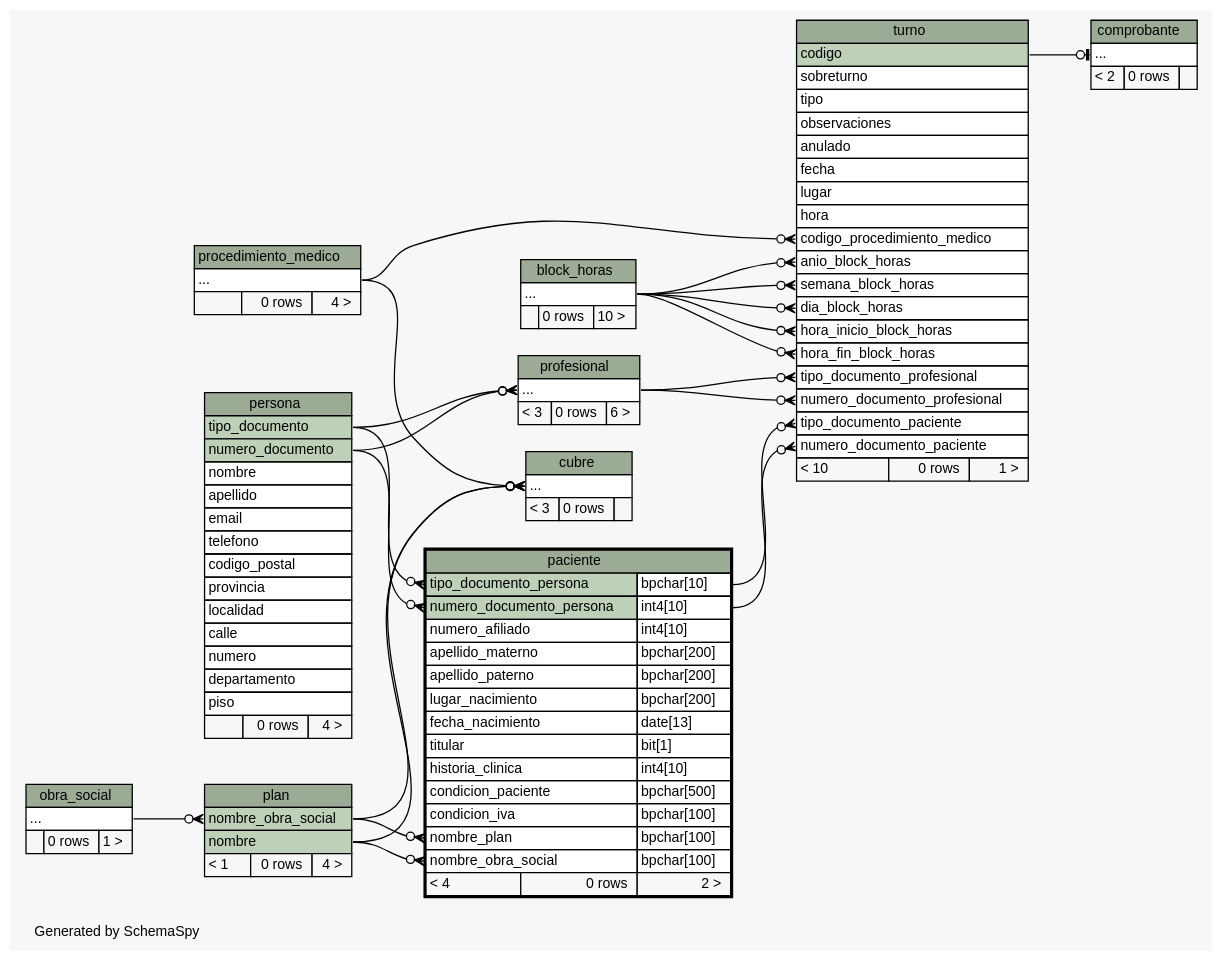
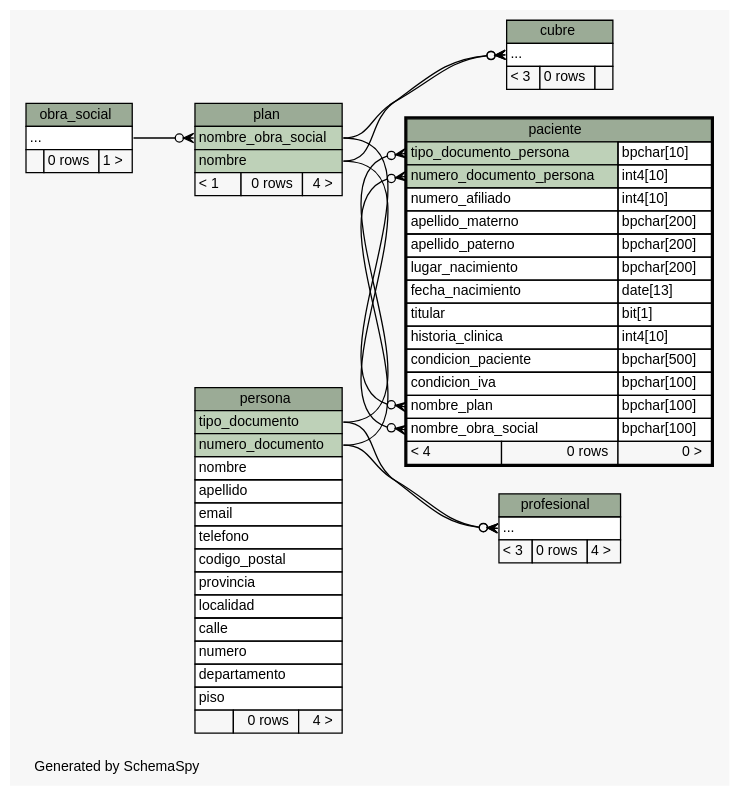
Before and after one commit to smpiano/bd-1cuat-2014-agenda-med: the diagram in tp1/build/schema/diagrams/paciente.2degrees.dot, drawn with Graphviz. The commit also changed 138 other files, not shown here.

```diff
--- a/tp1/build/schema/diagrams/paciente.2degrees.dot
+++ b/tp1/build/schema/diagrams/paciente.2degrees.dot
@@ -1,185 +1,116 @@
 // dot 2.26.3 on Linux 3.8.0-35-generic
 // SchemaSpy rev 590
 digraph "twoDegreesRelationshipsDiagram" {
   graph [
     rankdir="RL"
     bgcolor="#f7f7f7"
     label="\nGenerated by SchemaSpy"
     labeljust="l"
     nodesep="0.18"
     ranksep="0.46"
     fontname="Helvetica"
     fontsize="11"
   ];
   node [
     fontname="Helvetica"
     fontsize="11"
     shape="plaintext"
   ];
   edge [
     arrowsize="0.8"
   ];
-  "comprobante":"elipses":w -> "turno":"codigo":e [arrowhead=none dir=back arrowtail=teeodot];
-  "cubre":"elipses":w -> "procedimiento_medico":"elipses":e [arrowhead=none dir=back arrowtail=crowodot];
   "cubre":"elipses":w -> "plan":"nombre":e [arrowhead=none dir=back arrowtail=crowodot];
   "cubre":"elipses":w -> "plan":"nombre_obra_social":e [arrowhead=none dir=back arrowtail=crowodot];
   "paciente":"nombre_obra_social":w -> "plan":"nombre":e [arrowhead=none dir=back arrowtail=crowodot];
   "paciente":"nombre_plan":w -> "plan":"nombre_obra_social":e [arrowhead=none dir=back arrowtail=crowodot];
   "paciente":"numero_documento_persona":w -> "persona":"numero_documento":e [arrowhead=none dir=back arrowtail=crowodot];
   "paciente":"tipo_documento_persona":w -> "persona":"tipo_documento":e [arrowhead=none dir=back arrowtail=crowodot];
   "plan":"nombre_obra_social":w -> "obra_social":"elipses":e [arrowhead=none dir=back arrowtail=crowodot];
   "profesional":"elipses":w -> "persona":"numero_documento":e [arrowhead=none dir=back arrowtail=crowodot];
   "profesional":"elipses":w -> "persona":"tipo_documento":e [arrowhead=none dir=back arrowtail=crowodot];
-  "turno":"anio_block_horas":w -> "block_horas":"elipses":e [arrowhead=none dir=back arrowtail=crowodot];
-  "turno":"codigo_procedimiento_medico":w -> "procedimiento_medico":"elipses":e [arrowhead=none dir=back arrowtail=crowodot];
-  "turno":"dia_block_horas":w -> "block_horas":"elipses":e [arrowhead=none dir=back arrowtail=crowodot];
-  "turno":"hora_fin_block_horas":w -> "block_horas":"elipses":e [arrowhead=none dir=back arrowtail=crowodot];
-  "turno":"hora_inicio_block_horas":w -> "block_horas":"elipses":e [arrowhead=none dir=back arrowtail=crowodot];
-  "turno":"numero_documento_paciente":w -> "paciente":"numero_documento_persona.type":e [arrowhead=none dir=back arrowtail=crowodot];
-  "turno":"numero_documento_profesional":w -> "profesional":"elipses":e [arrowhead=none dir=back arrowtail=crowodot];
-  "turno":"semana_block_horas":w -> "block_horas":"elipses":e [arrowhead=none dir=back arrowtail=crowodot];
-  "turno":"tipo_documento_paciente":w -> "paciente":"tipo_documento_persona.type":e [arrowhead=none dir=back arrowtail=crowodot];
-  "turno":"tipo_documento_profesional":w -> "profesional":"elipses":e [arrowhead=none dir=back arrowtail=crowodot];
-  "block_horas" [
-    label=<
-    <TABLE BORDER="0" CELLBORDER="1" CELLSPACING="0" BGCOLOR="#ffffff">
-      <TR><TD COLSPAN="3" BGCOLOR="#9bab96" ALIGN="CENTER">block_horas</TD></TR>
-      <TR><TD PORT="elipses" COLSPAN="3" ALIGN="LEFT">...</TD></TR>
-      <TR><TD ALIGN="LEFT" BGCOLOR="#f7f7f7">  </TD><TD ALIGN="RIGHT" BGCOLOR="#f7f7f7">0 rows</TD><TD ALIGN="RIGHT" BGCOLOR="#f7f7f7">10 &gt;</TD></TR>
-    </TABLE>>
-    URL="block_horas.html"
-    tooltip="block_horas"
-  ];
-  "comprobante" [
-    label=<
-    <TABLE BORDER="0" CELLBORDER="1" CELLSPACING="0" BGCOLOR="#ffffff">
-      <TR><TD COLSPAN="3" BGCOLOR="#9bab96" ALIGN="CENTER">comprobante</TD></TR>
-      <TR><TD PORT="elipses" COLSPAN="3" ALIGN="LEFT">...</TD></TR>
-      <TR><TD ALIGN="LEFT" BGCOLOR="#f7f7f7">&lt; 2</TD><TD ALIGN="RIGHT" BGCOLOR="#f7f7f7">0 rows</TD><TD ALIGN="RIGHT" BGCOLOR="#f7f7f7">  </TD></TR>
-    </TABLE>>
-    URL="comprobante.html"
-    tooltip="comprobante"
-  ];
   "cubre" [
     label=<
     <TABLE BORDER="0" CELLBORDER="1" CELLSPACING="0" BGCOLOR="#ffffff">
       <TR><TD COLSPAN="3" BGCOLOR="#9bab96" ALIGN="CENTER">cubre</TD></TR>
       <TR><TD PORT="elipses" COLSPAN="3" ALIGN="LEFT">...</TD></TR>
       <TR><TD ALIGN="LEFT" BGCOLOR="#f7f7f7">&lt; 3</TD><TD ALIGN="RIGHT" BGCOLOR="#f7f7f7">0 rows</TD><TD ALIGN="RIGHT" BGCOLOR="#f7f7f7">  </TD></TR>
     </TABLE>>
     URL="cubre.html"
     tooltip="cubre"
   ];
   "obra_social" [
     label=<
     <TABLE BORDER="0" CELLBORDER="1" CELLSPACING="0" BGCOLOR="#ffffff">
       <TR><TD COLSPAN="3" BGCOLOR="#9bab96" ALIGN="CENTER">obra_social</TD></TR>
       <TR><TD PORT="elipses" COLSPAN="3" ALIGN="LEFT">...</TD></TR>
       <TR><TD ALIGN="LEFT" BGCOLOR="#f7f7f7">  </TD><TD ALIGN="RIGHT" BGCOLOR="#f7f7f7">0 rows</TD><TD ALIGN="RIGHT" BGCOLOR="#f7f7f7">1 &gt;</TD></TR>
     </TABLE>>
     URL="obra_social.html"
     tooltip="obra_social"
   ];
   "paciente" [
     label=<
     <TABLE BORDER="2" CELLBORDER="1" CELLSPACING="0" BGCOLOR="#ffffff">
       <TR><TD COLSPAN="3" BGCOLOR="#9bab96" ALIGN="CENTER">paciente</TD></TR>
       <TR><TD PORT="tipo_documento_persona" COLSPAN="2" BGCOLOR="#bed1b8" ALIGN="LEFT">tipo_documento_persona</TD><TD PORT="tipo_documento_persona.type" ALIGN="LEFT">bpchar[10]</TD></TR>
       <TR><TD PORT="numero_documento_persona" COLSPAN="2" BGCOLOR="#bed1b8" ALIGN="LEFT">numero_documento_persona</TD><TD PORT="numero_documento_persona.type" ALIGN="LEFT">int4[10]</TD></TR>
       <TR><TD PORT="numero_afiliado" COLSPAN="2" ALIGN="LEFT">numero_afiliado</TD><TD PORT="numero_afiliado.type" ALIGN="LEFT">int4[10]</TD></TR>
       <TR><TD PORT="apellido_materno" COLSPAN="2" ALIGN="LEFT">apellido_materno</TD><TD PORT="apellido_materno.type" ALIGN="LEFT">bpchar[200]</TD></TR>
       <TR><TD PORT="apellido_paterno" COLSPAN="2" ALIGN="LEFT">apellido_paterno</TD><TD PORT="apellido_paterno.type" ALIGN="LEFT">bpchar[200]</TD></TR>
       <TR><TD PORT="lugar_nacimiento" COLSPAN="2" ALIGN="LEFT">lugar_nacimiento</TD><TD PORT="lugar_nacimiento.type" ALIGN="LEFT">bpchar[200]</TD></TR>
       <TR><TD PORT="fecha_nacimiento" COLSPAN="2" ALIGN="LEFT">fecha_nacimiento</TD><TD PORT="fecha_nacimiento.type" ALIGN="LEFT">date[13]</TD></TR>
       <TR><TD PORT="titular" COLSPAN="2" ALIGN="LEFT">titular</TD><TD PORT="titular.type" ALIGN="LEFT">bit[1]</TD></TR>
       <TR><TD PORT="historia_clinica" COLSPAN="2" ALIGN="LEFT">historia_clinica</TD><TD PORT="historia_clinica.type" ALIGN="LEFT">int4[10]</TD></TR>
       <TR><TD PORT="condicion_paciente" COLSPAN="2" ALIGN="LEFT">condicion_paciente</TD><TD PORT="condicion_paciente.type" ALIGN="LEFT">bpchar[500]</TD></TR>
       <TR><TD PORT="condicion_iva" COLSPAN="2" ALIGN="LEFT">condicion_iva</TD><TD PORT="condicion_iva.type" ALIGN="LEFT">bpchar[100]</TD></TR>
       <TR><TD PORT="nombre_plan" COLSPAN="2" ALIGN="LEFT">nombre_plan</TD><TD PORT="nombre_plan.type" ALIGN="LEFT">bpchar[100]</TD></TR>
       <TR><TD PORT="nombre_obra_social" COLSPAN="2" ALIGN="LEFT">nombre_obra_social</TD><TD PORT="nombre_obra_social.type" ALIGN="LEFT">bpchar[100]</TD></TR>
-      <TR><TD ALIGN="LEFT" BGCOLOR="#f7f7f7">&lt; 4</TD><TD ALIGN="RIGHT" BGCOLOR="#f7f7f7">0 rows</TD><TD ALIGN="RIGHT" BGCOLOR="#f7f7f7">2 &gt;</TD></TR>
+      <TR><TD ALIGN="LEFT" BGCOLOR="#f7f7f7">&lt; 4</TD><TD ALIGN="RIGHT" BGCOLOR="#f7f7f7">0 rows</TD><TD ALIGN="RIGHT" BGCOLOR="#f7f7f7">0 &gt;</TD></TR>
     </TABLE>>
     URL="paciente.html"
     tooltip="paciente"
   ];
   "persona" [
     label=<
     <TABLE BORDER="0" CELLBORDER="1" CELLSPACING="0" BGCOLOR="#ffffff">
       <TR><TD COLSPAN="3" BGCOLOR="#9bab96" ALIGN="CENTER">persona</TD></TR>
       <TR><TD PORT="tipo_documento" COLSPAN="3" BGCOLOR="#bed1b8" ALIGN="LEFT">tipo_documento</TD></TR>
       <TR><TD PORT="numero_documento" COLSPAN="3" BGCOLOR="#bed1b8" ALIGN="LEFT">numero_documento</TD></TR>
       <TR><TD PORT="nombre" COLSPAN="3" ALIGN="LEFT">nombre</TD></TR>
       <TR><TD PORT="apellido" COLSPAN="3" ALIGN="LEFT">apellido</TD></TR>
       <TR><TD PORT="email" COLSPAN="3" ALIGN="LEFT">email</TD></TR>
       <TR><TD PORT="telefono" COLSPAN="3" ALIGN="LEFT">telefono</TD></TR>
       <TR><TD PORT="codigo_postal" COLSPAN="3" ALIGN="LEFT">codigo_postal</TD></TR>
       <TR><TD PORT="provincia" COLSPAN="3" ALIGN="LEFT">provincia</TD></TR>
       <TR><TD PORT="localidad" COLSPAN="3" ALIGN="LEFT">localidad</TD></TR>
       <TR><TD PORT="calle" COLSPAN="3" ALIGN="LEFT">calle</TD></TR>
       <TR><TD PORT="numero" COLSPAN="3" ALIGN="LEFT">numero</TD></TR>
       <TR><TD PORT="departamento" COLSPAN="3" ALIGN="LEFT">departamento</TD></TR>
       <TR><TD PORT="piso" COLSPAN="3" ALIGN="LEFT">piso</TD></TR>
       <TR><TD ALIGN="LEFT" BGCOLOR="#f7f7f7">  </TD><TD ALIGN="RIGHT" BGCOLOR="#f7f7f7">0 rows</TD><TD ALIGN="RIGHT" BGCOLOR="#f7f7f7">4 &gt;</TD></TR>
     </TABLE>>
     URL="persona.html"
     tooltip="persona"
   ];
   "plan" [
     label=<
     <TABLE BORDER="0" CELLBORDER="1" CELLSPACING="0" BGCOLOR="#ffffff">
       <TR><TD COLSPAN="3" BGCOLOR="#9bab96" ALIGN="CENTER">plan</TD></TR>
       <TR><TD PORT="nombre_obra_social" COLSPAN="3" BGCOLOR="#bed1b8" ALIGN="LEFT">nombre_obra_social</TD></TR>
       <TR><TD PORT="nombre" COLSPAN="3" BGCOLOR="#bed1b8" ALIGN="LEFT">nombre</TD></TR>
       <TR><TD ALIGN="LEFT" BGCOLOR="#f7f7f7">&lt; 1</TD><TD ALIGN="RIGHT" BGCOLOR="#f7f7f7">0 rows</TD><TD ALIGN="RIGHT" BGCOLOR="#f7f7f7">4 &gt;</TD></TR>
     </TABLE>>
     URL="plan.html"
     tooltip="plan"
   ];
-  "procedimiento_medico" [
-    label=<
-    <TABLE BORDER="0" CELLBORDER="1" CELLSPACING="0" BGCOLOR="#ffffff">
-      <TR><TD COLSPAN="3" BGCOLOR="#9bab96" ALIGN="CENTER">procedimiento_medico</TD></TR>
-      <TR><TD PORT="elipses" COLSPAN="3" ALIGN="LEFT">...</TD></TR>
-      <TR><TD ALIGN="LEFT" BGCOLOR="#f7f7f7">  </TD><TD ALIGN="RIGHT" BGCOLOR="#f7f7f7">0 rows</TD><TD ALIGN="RIGHT" BGCOLOR="#f7f7f7">4 &gt;</TD></TR>
-    </TABLE>>
-    URL="procedimiento_medico.html"
-    tooltip="procedimiento_medico"
-  ];
   "profesional" [
     label=<
     <TABLE BORDER="0" CELLBORDER="1" CELLSPACING="0" BGCOLOR="#ffffff">
       <TR><TD COLSPAN="3" BGCOLOR="#9bab96" ALIGN="CENTER">profesional</TD></TR>
       <TR><TD PORT="elipses" COLSPAN="3" ALIGN="LEFT">...</TD></TR>
-      <TR><TD ALIGN="LEFT" BGCOLOR="#f7f7f7">&lt; 3</TD><TD ALIGN="RIGHT" BGCOLOR="#f7f7f7">0 rows</TD><TD ALIGN="RIGHT" BGCOLOR="#f7f7f7">6 &gt;</TD></TR>
+      <TR><TD ALIGN="LEFT" BGCOLOR="#f7f7f7">&lt; 3</TD><TD ALIGN="RIGHT" BGCOLOR="#f7f7f7">0 rows</TD><TD ALIGN="RIGHT" BGCOLOR="#f7f7f7">4 &gt;</TD></TR>
     </TABLE>>
     URL="profesional.html"
     tooltip="profesional"
   ];
-  "turno" [
-    label=<
-    <TABLE BORDER="0" CELLBORDER="1" CELLSPACING="0" BGCOLOR="#ffffff">
-      <TR><TD COLSPAN="3" BGCOLOR="#9bab96" ALIGN="CENTER">turno</TD></TR>
-      <TR><TD PORT="codigo" COLSPAN="3" BGCOLOR="#bed1b8" ALIGN="LEFT">codigo</TD></TR>
-      <TR><TD PORT="sobreturno" COLSPAN="3" ALIGN="LEFT">sobreturno</TD></TR>
-      <TR><TD PORT="tipo" COLSPAN="3" ALIGN="LEFT">tipo</TD></TR>
-      <TR><TD PORT="observaciones" COLSPAN="3" ALIGN="LEFT">observaciones</TD></TR>
-      <TR><TD PORT="anulado" COLSPAN="3" ALIGN="LEFT">anulado</TD></TR>
-      <TR><TD PORT="fecha" COLSPAN="3" ALIGN="LEFT">fecha</TD></TR>
-      <TR><TD PORT="lugar" COLSPAN="3" ALIGN="LEFT">lugar</TD></TR>
-      <TR><TD PORT="hora" COLSPAN="3" ALIGN="LEFT">hora</TD></TR>
-      <TR><TD PORT="codigo_procedimiento_medico" COLSPAN="3" ALIGN="LEFT">codigo_procedimiento_medico</TD></TR>
-      <TR><TD PORT="anio_block_horas" COLSPAN="3" ALIGN="LEFT">anio_block_horas</TD></TR>
-      <TR><TD PORT="semana_block_horas" COLSPAN="3" ALIGN="LEFT">semana_block_horas</TD></TR>
-      <TR><TD PORT="dia_block_horas" COLSPAN="3" ALIGN="LEFT">dia_block_horas</TD></TR>
-      <TR><TD PORT="hora_inicio_block_horas" COLSPAN="3" ALIGN="LEFT">hora_inicio_block_horas</TD></TR>
-      <TR><TD PORT="hora_fin_block_horas" COLSPAN="3" ALIGN="LEFT">hora_fin_block_horas</TD></TR>
-      <TR><TD PORT="tipo_documento_profesional" COLSPAN="3" ALIGN="LEFT">tipo_documento_profesional</TD></TR>
-      <TR><TD PORT="numero_documento_profesional" COLSPAN="3" ALIGN="LEFT">numero_documento_profesional</TD></TR>
-      <TR><TD PORT="tipo_documento_paciente" COLSPAN="3" ALIGN="LEFT">tipo_documento_paciente</TD></TR>
-      <TR><TD PORT="numero_documento_paciente" COLSPAN="3" ALIGN="LEFT">numero_documento_paciente</TD></TR>
-      <TR><TD ALIGN="LEFT" BGCOLOR="#f7f7f7">&lt; 10</TD><TD ALIGN="RIGHT" BGCOLOR="#f7f7f7">0 rows</TD><TD ALIGN="RIGHT" BGCOLOR="#f7f7f7">1 &gt;</TD></TR>
-    </TABLE>>
-    URL="turno.html"
-    tooltip="turno"
-  ];
 }
```
